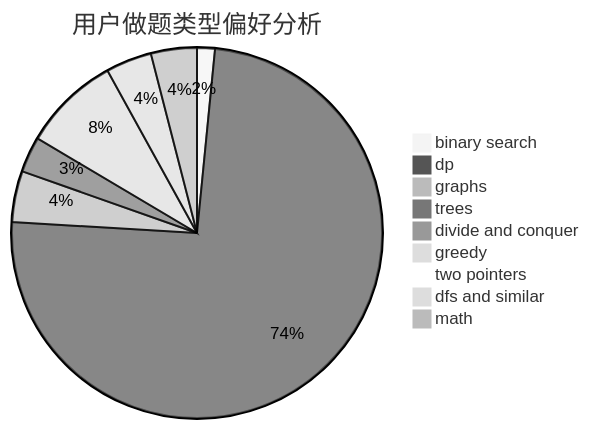
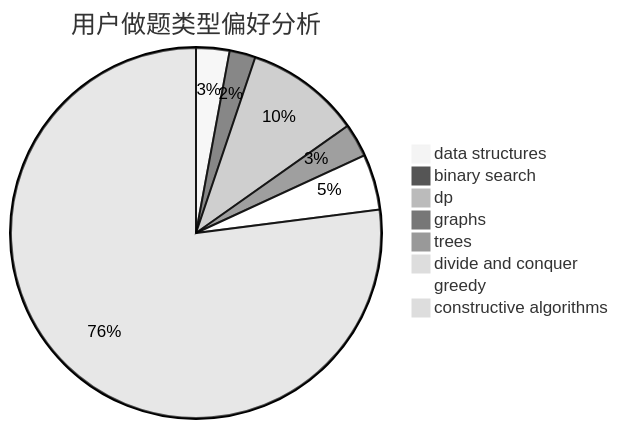
One commit to sherpahu/cfrs.github.io changed the second of 3 diagrams in docs/user/u1975.md. Above: the diagram before and after it, drawn with Mermaid (neutral theme). The commit also changed other lines of this file and 2775 other files, not shown here.

````diff
--- a/docs/user/u1975.md
+++ b/docs/user/u1975.md
@@ -23,12 +23,11 @@
 ```mermaid
 pie title 用户做题类型偏好分析
+    "data structures" :  9
     "binary search" :  7
-    "dp" :  334
-    "graphs" :  20
-    "trees" :  14
+    "dp" :  31
+    "graphs" :  9
+    "trees" :  3
     "divide and conquer" :  0
-    "greedy" :  38
-    "two pointers" :  4
-    "dfs and similar" :  18
-    "math" :  18
+    "greedy" :  15
+    "constructive algorithms" :  238
 ```
````
